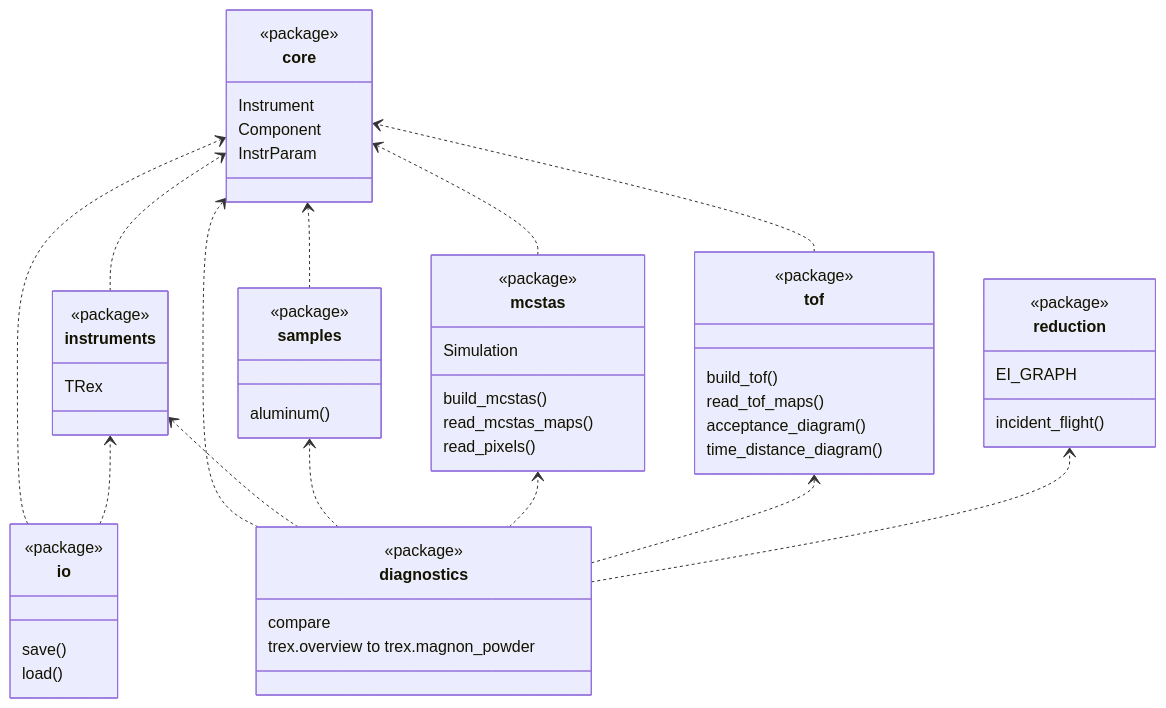
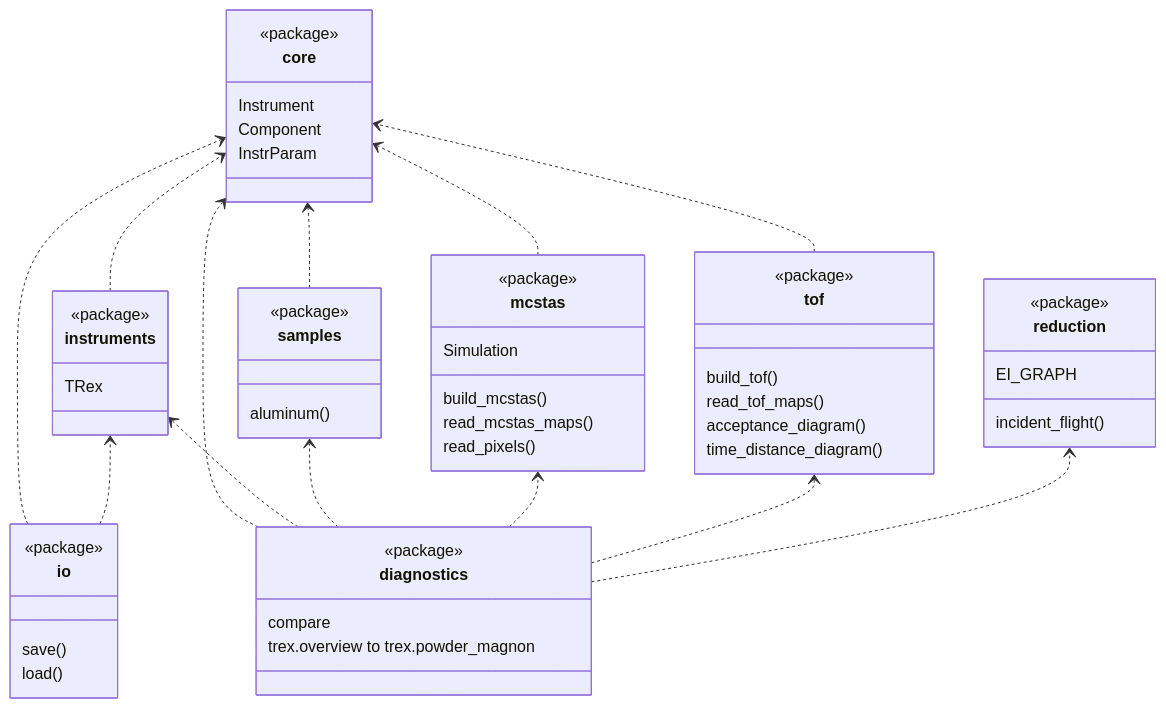
The diagram in docs/code-layout.md (bingli621/mcdgs), drawn with Mermaid before and after one commit. The commit also changed 8 other files, not shown here.

Commit message:
Rename the T-Rex and CSPEC magnon_powder diagnostics to powder_magnon

````diff
--- a/docs/code-layout.md
+++ b/docs/code-layout.md
@@ -23,59 +23,59 @@
 ```mermaid
 classDiagram
     direction BT
     class core {
         <<package>>
         Instrument
         Component
         InstrParam
     }
     class instruments {
         <<package>>
         TRex
     }
     class samples {
         <<package>>
         aluminum()
     }
     class mcstas {
         <<package>>
         build_mcstas()
         Simulation
         read_mcstas_maps()
         read_pixels()
     }
     class tof {
         <<package>>
         build_tof()
         read_tof_maps()
         acceptance_diagram()
         time_distance_diagram()
     }
     class io {
         <<package>>
         save()
         load()
     }
     class reduction {
         <<package>>
         EI_GRAPH
         incident_flight()
     }
     class diagnostics {
         <<package>>
         compare
-        trex.overview to trex.magnon_powder
+        trex.overview to trex.powder_magnon
     }
     instruments ..> core
     samples ..> core
     mcstas ..> core
     tof ..> core
     io ..> core
     io ..> instruments
     diagnostics ..> core
     diagnostics ..> instruments
     diagnostics ..> samples
     diagnostics ..> mcstas
     diagnostics ..> tof
     diagnostics ..> reduction
 ```
````
